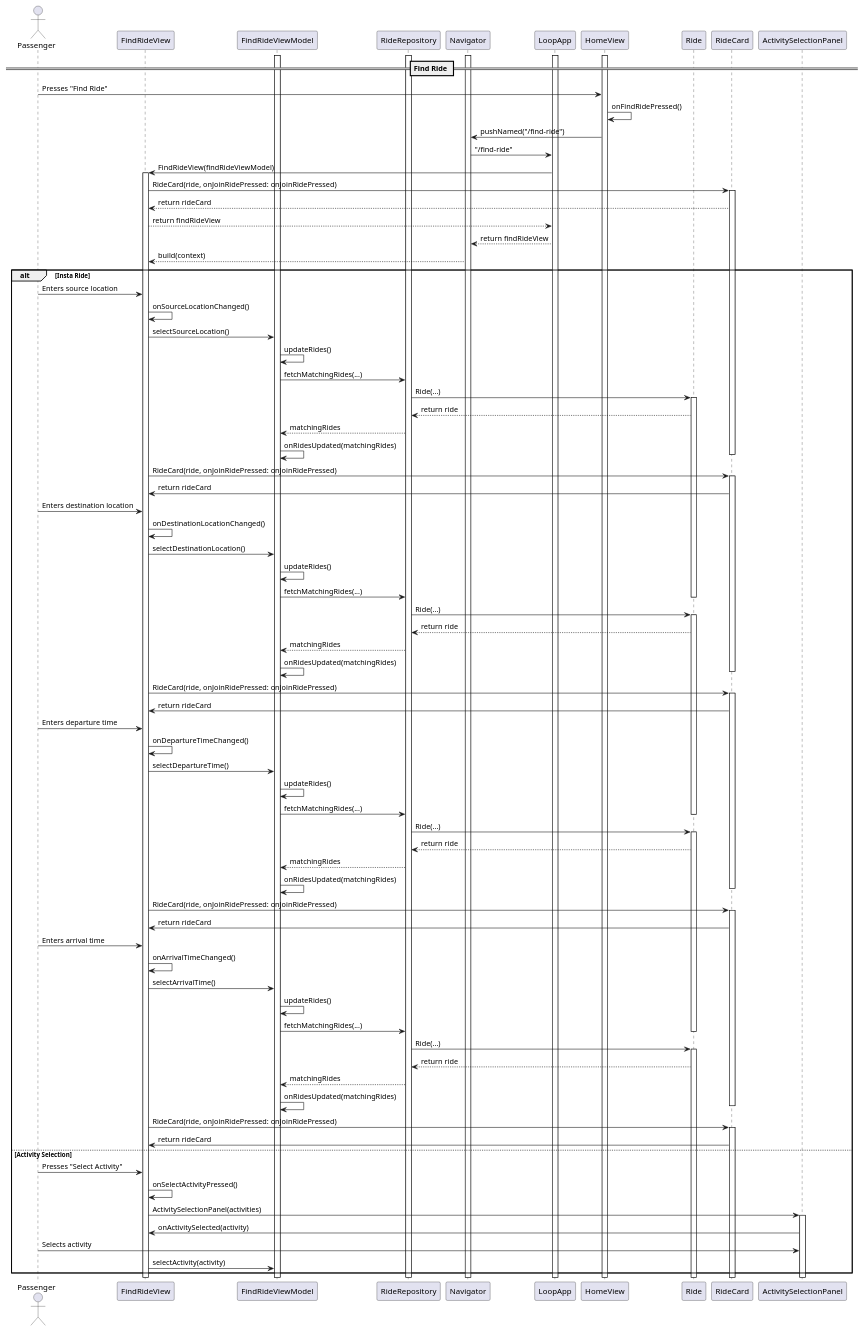
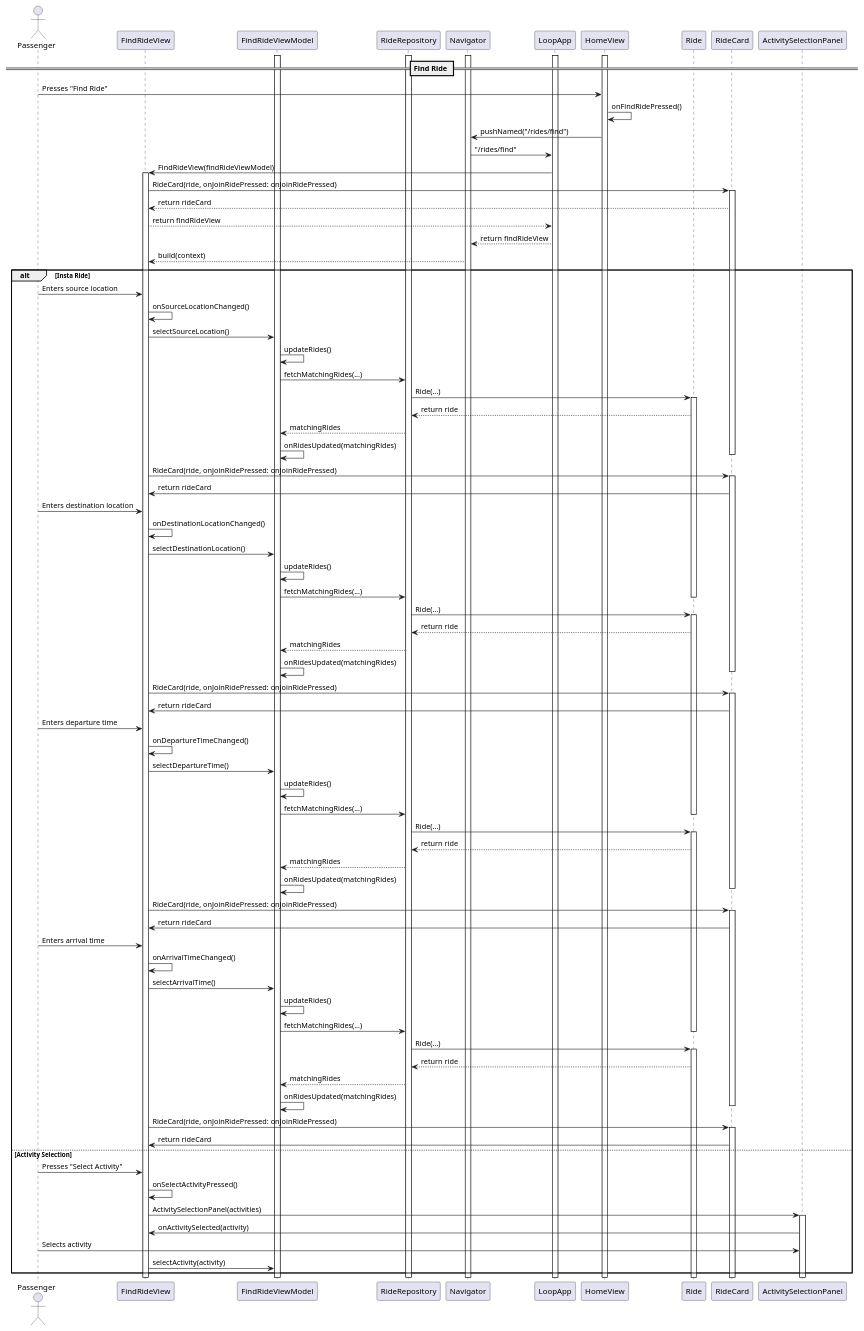
One commit to YannisRavasopoulos/ProjectSD_S6 changed the diagram in reports/sequence/find-ride.plantuml. Above: the diagram before and after it, drawn with PlantUML. The commit also changed 2 other files, not shown here.

```diff
--- a/reports/sequence/find-ride.plantuml
+++ b/reports/sequence/find-ride.plantuml
@@ -1,107 +1,107 @@
 @startuml
 
 actor Passenger
 
 participant FindRideView
 participant FindRideViewModel
 participant RideRepository
 participant Navigator
 participant LoopApp
 participant HomeView
 participant Ride
 participant RideCard
 
 activate LoopApp
 activate FindRideViewModel
 activate RideRepository
 activate Navigator
 activate HomeView
 
 == Find Ride ==
 Passenger -> HomeView: Presses "Find Ride"
 HomeView -> HomeView: onFindRidePressed()
-HomeView -> Navigator: pushNamed("/find-ride")
-Navigator -> LoopApp: "/find-ride"
+HomeView -> Navigator: pushNamed("/rides/find")
+Navigator -> LoopApp: "/rides/find"
 LoopApp -> FindRideView: FindRideView(findRideViewModel)
 activate FindRideView
 FindRideView -> RideCard: RideCard(ride, onJoinRidePressed: onJoinRidePressed)
 activate RideCard
 RideCard --> FindRideView: return rideCard
 FindRideView --> LoopApp: return findRideView
 LoopApp --> Navigator: return findRideView
 Navigator --> FindRideView: build(context)
 
 alt Insta Ride
 Passenger -> FindRideView: Enters source location
 FindRideView -> FindRideView: onSourceLocationChanged()
 FindRideView -> FindRideViewModel: selectSourceLocation()
 FindRideViewModel -> FindRideViewModel: updateRides()
 FindRideViewModel -> RideRepository: fetchMatchingRides(...)
 RideRepository -> Ride: Ride(...)
 activate Ride
 Ride --> RideRepository: return ride
 RideRepository --> FindRideViewModel: matchingRides
 FindRideViewModel -> FindRideViewModel: onRidesUpdated(matchingRides)
 deactivate RideCard
 FindRideView -> RideCard: RideCard(ride, onJoinRidePressed: onJoinRidePressed)
 activate RideCard
 RideCard -> FindRideView: return rideCard
 
 Passenger -> FindRideView: Enters destination location
 FindRideView -> FindRideView: onDestinationLocationChanged()
 FindRideView -> FindRideViewModel: selectDestinationLocation()
 FindRideViewModel -> FindRideViewModel: updateRides()
 FindRideViewModel -> RideRepository: fetchMatchingRides(...)
 deactivate Ride
 RideRepository -> Ride: Ride(...)
 activate Ride
 Ride --> RideRepository: return ride
 RideRepository --> FindRideViewModel: matchingRides
 FindRideViewModel -> FindRideViewModel: onRidesUpdated(matchingRides)
 deactivate RideCard
 FindRideView -> RideCard: RideCard(ride, onJoinRidePressed: onJoinRidePressed)
 activate RideCard
 RideCard -> FindRideView: return rideCard
 
 Passenger -> FindRideView: Enters departure time
 FindRideView -> FindRideView: onDepartureTimeChanged()
 FindRideView -> FindRideViewModel: selectDepartureTime()
 FindRideViewModel -> FindRideViewModel: updateRides()
 FindRideViewModel -> RideRepository: fetchMatchingRides(...)
 deactivate Ride
 RideRepository -> Ride: Ride(...)
 activate Ride
 Ride --> RideRepository: return ride
 RideRepository --> FindRideViewModel: matchingRides
 FindRideViewModel -> FindRideViewModel: onRidesUpdated(matchingRides)
 deactivate RideCard
 FindRideView -> RideCard: RideCard(ride, onJoinRidePressed: onJoinRidePressed)
 activate RideCard
 RideCard -> FindRideView: return rideCard
 
 Passenger -> FindRideView: Enters arrival time
 FindRideView -> FindRideView: onArrivalTimeChanged()
 FindRideView -> FindRideViewModel: selectArrivalTime()
 FindRideViewModel -> FindRideViewModel: updateRides()
 FindRideViewModel -> RideRepository: fetchMatchingRides(...)
 deactivate Ride
 RideRepository -> Ride: Ride(...)
 activate Ride
 Ride --> RideRepository: return ride
 RideRepository --> FindRideViewModel: matchingRides
 FindRideViewModel -> FindRideViewModel: onRidesUpdated(matchingRides)
 deactivate RideCard
 FindRideView -> RideCard: RideCard(ride, onJoinRidePressed: onJoinRidePressed)
 activate RideCard
 RideCard -> FindRideView: return rideCard
 else Activity Selection
 Passenger -> FindRideView: Presses "Select Activity"
 FindRideView -> FindRideView: onSelectActivityPressed()
 FindRideView -> ActivitySelectionPanel: ActivitySelectionPanel(activities)
 activate ActivitySelectionPanel
 ActivitySelectionPanel -> FindRideView: onActivitySelected(activity)
 Passenger -> ActivitySelectionPanel: Selects activity
 FindRideView -> FindRideViewModel: selectActivity(activity)
 end
 
 @enduml
```
